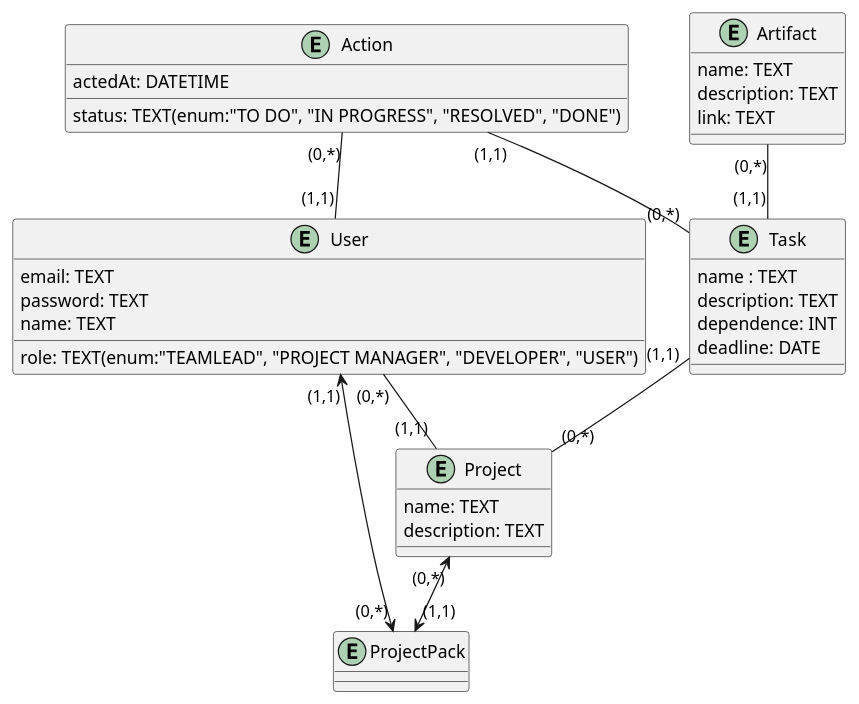
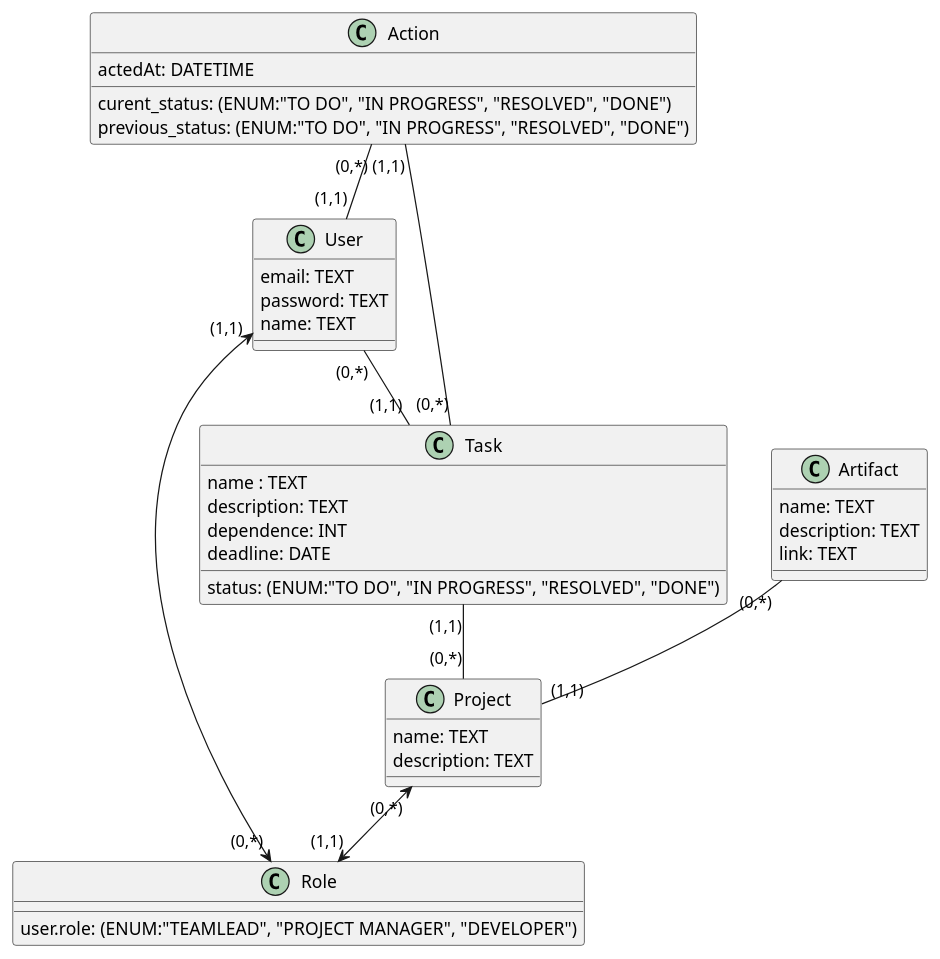
Before and after one commit to edu-db/edu_db_labs: the second of 2 diagrams in docs/design/README.md, drawn with PlantUML. The commit also changed other lines of this file, not shown here.

```diff
--- a/docs/design/README.md
+++ b/docs/design/README.md
@@ -248,46 +107,48 @@
 @startuml
-entity User {
+class User {
 email: TEXT
 password: TEXT
 name: TEXT
-role: TEXT(enum:"TEAMLEAD", "PROJECT MANAGER", "DEVELOPER", "USER")
 }
 
-entity Project {
+class Project {
 name: TEXT
 description: TEXT
 }
 
-entity ProjectPack {
+class Role {
+user.role: (ENUM:"TEAMLEAD", "PROJECT MANAGER", "DEVELOPER")
 }
 
 
-entity Action {
+class Action {
 actedAt: DATETIME
-status: TEXT(enum:"TO DO", "IN PROGRESS", "RESOLVED", "DONE")
+curent_status: (ENUM:"TO DO", "IN PROGRESS", "RESOLVED", "DONE")
+previous_status: (ENUM:"TO DO", "IN PROGRESS", "RESOLVED", "DONE")
 }
 
-entity Task{
+class Task{
 name : TEXT
 description: TEXT
 dependence: INT
 deadline: DATE
+status: (ENUM:"TO DO", "IN PROGRESS", "RESOLVED", "DONE")
+
 }
 
-Entity Artifact{
+class Artifact{
 name: TEXT
 description: TEXT
 link: TEXT
 }
 
-
-User "(0,*)" -- "(1,1)" Project
-User "(1,1)" <--> "(0,*)" ProjectPack
-Project "(0,*)" <--> "(1,1)" ProjectPack
+User "(0,*)" -- "(1,1)" Task
+User "(1,1)" <--> "(0,*)" Role
+Project "(0,*)" <--> "(1,1)" Role
 Action "(1,1)" -- "(0,*)" Task
 Action "(0,*)" -- "(1,1)" User
 Task "(1,1)" -- "(0,*)" Project
-Artifact "(0,*)" -- "(1,1)" Task
+Artifact "(0,*)" -- "(1,1)" Project
 
 
 @enduml
```
